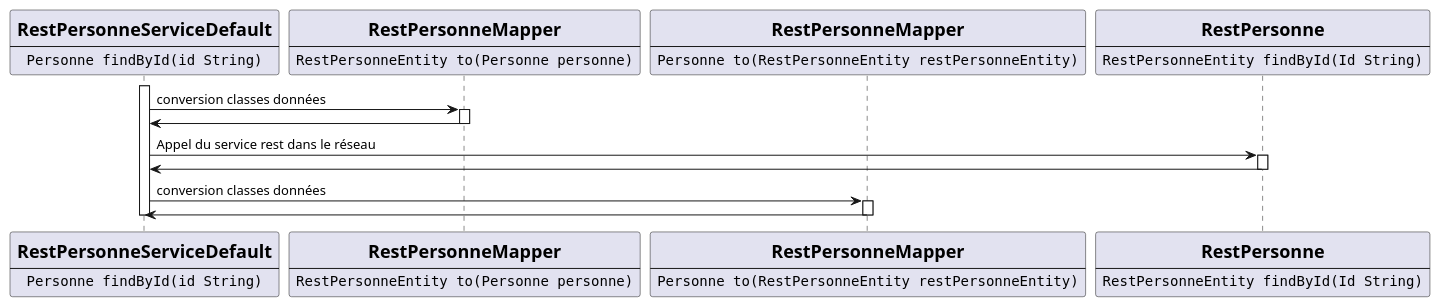
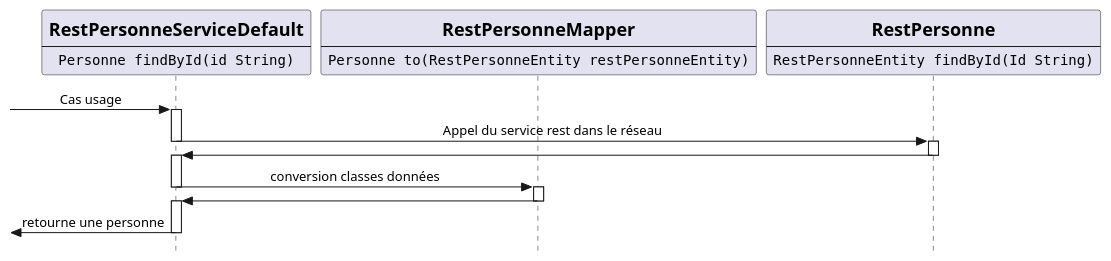
The fourth of 5 diagrams in readme.md (stef38-code/structureProjet), drawn with PlantUML before and after one commit. The commit also changed other lines of this file, not shown here.

Commit message:
docs: readme.md
mise à jours des schemas

````diff
--- a/readme.md
+++ b/readme.md
@@ -137,41 +149,29 @@
 ```plantuml
 @startuml
-
+skinparam style strictuml
+skinparam sequenceMessageAlign center
 participant RestPersonneServiceDefault [
     =RestPersonneServiceDefault
     ----
     ""Personne findById(id String)""
-]
-participant RestPersonneMapperEntitie [
-    =RestPersonneMapper
-    ----
-    ""RestPersonneEntity to(Personne personne)""
 ]
 participant RestPersonneMapperModel [
     =RestPersonneMapper
     ----
     ""Personne to(RestPersonneEntity restPersonneEntity)""
 ]
 participant RestPersonne [
     =RestPersonne
     ----
     ""RestPersonneEntity findById(Id String)""
 ]
 
 
-  activate RestPersonneServiceDefault
-  RestPersonneServiceDefault -> RestPersonneMapperEntitie  : conversion classes données
-  activate RestPersonneMapperEntitie
-  RestPersonneMapperEntitie -> RestPersonneServiceDefault
-  deactivate RestPersonneMapperEntitie
-  RestPersonneServiceDefault -> RestPersonne : Appel du service rest dans le réseau 
-  activate RestPersonne
-  RestPersonne -> RestPersonneServiceDefault : 
-  deactivate RestPersonne
-  RestPersonneServiceDefault -> RestPersonneMapperModel : conversion classes données
-  activate RestPersonneMapperModel
-  RestPersonneMapperModel -> RestPersonneServiceDefault
-  deactivate RestPersonneMapperModel
-  deactivate RestPersonneServiceDefault
+[-> RestPersonneServiceDefault ++ : Cas usage
+RestPersonneServiceDefault -> RestPersonne --++: Appel du service rest dans le réseau 
+RestPersonne -> RestPersonneServiceDefault --++: 
+RestPersonneServiceDefault -> RestPersonneMapperModel --++: conversion classes données
+RestPersonneMapperModel -> RestPersonneServiceDefault --++
+[<- RestPersonneServiceDefault -- : retourne une personne
 @enduml
 ```
````
